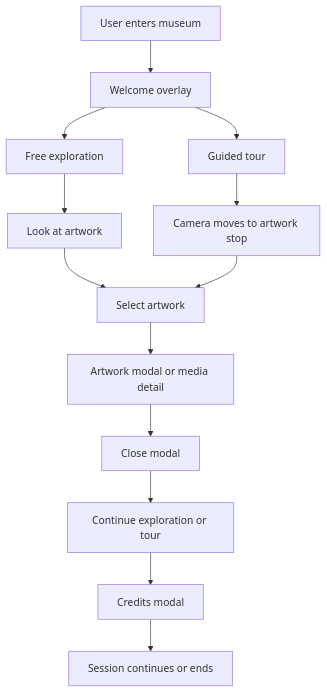
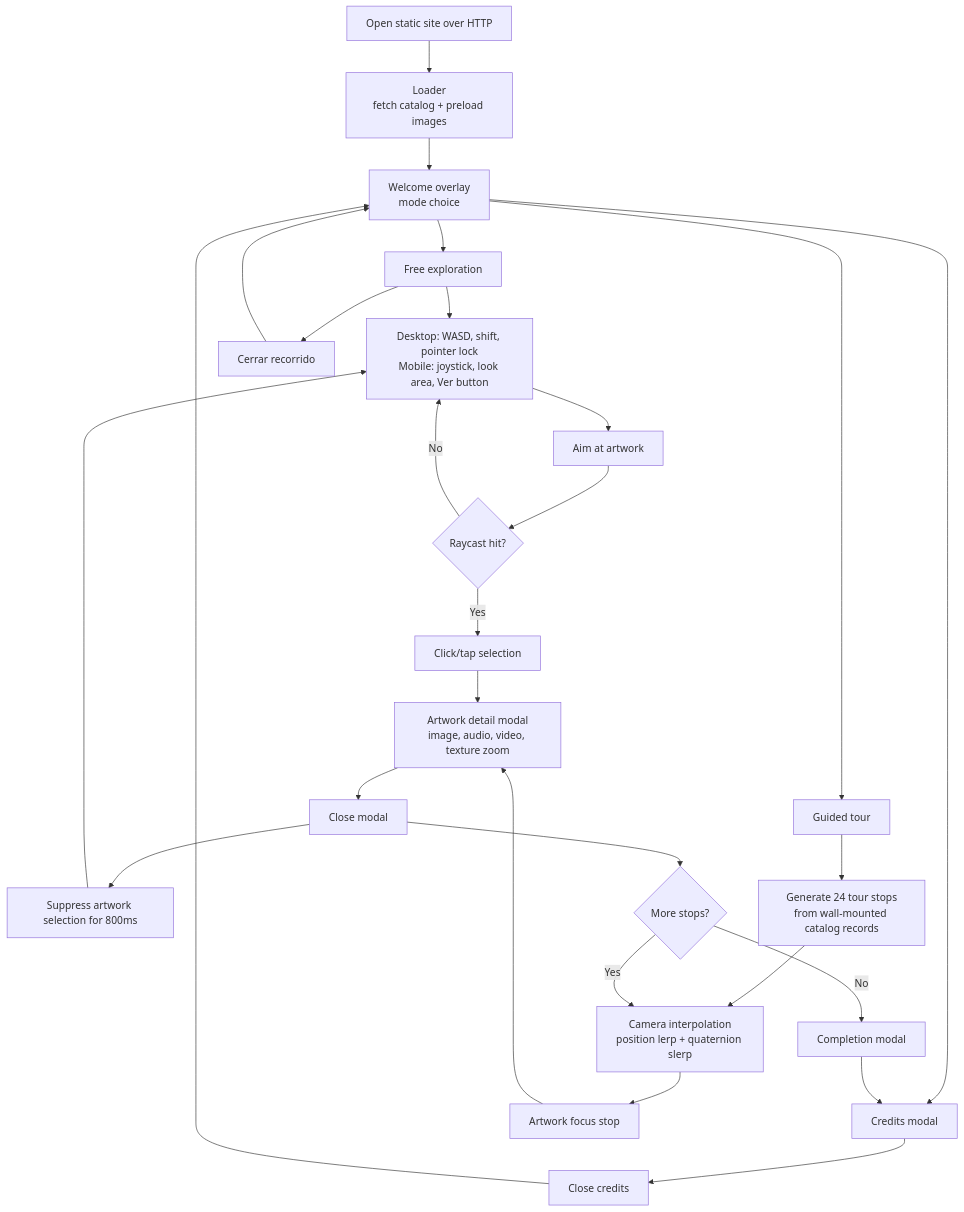
Before and after one commit to deepdevjose/Byron-s-virtual-museum: the diagram in docs/diagrams/user-flow.mmd, drawn with Mermaid. The commit also changed 28 other files, not shown here.

First line of the commit message:
Refactor diagrams to sequence diagrams for clarity; update user flow and asset optimization documentation

```diff
--- a/docs/diagrams/user-flow.mmd
+++ b/docs/diagrams/user-flow.mmd
@@ -1,13 +1,31 @@
 flowchart TD
-    Start[User enters museum] --> Welcome[Welcome overlay]
-    Welcome --> Free[Free exploration]
-    Welcome --> Guided[Guided tour]
-    Free --> Aim[Look at artwork]
-    Aim --> Select[Select artwork]
-    Guided --> TourStop[Camera moves to artwork stop]
-    TourStop --> Select
-    Select --> Modal[Artwork modal or media detail]
-    Modal --> Close[Close modal]
-    Close --> Continue[Continue exploration or tour]
-    Continue --> Credits[Credits modal]
-    Credits --> End[Session continues or ends]
+    Entry["Open static site over HTTP"] --> Loader["Loader\nfetch catalog + preload images"]
+    Loader --> Welcome["Welcome overlay\nmode choice"]
+
+    Welcome --> Free["Free exploration"]
+    Welcome --> Guided["Guided tour"]
+    Welcome --> Credits["Credits modal"]
+
+    Free --> FreeControls["Desktop: WASD, shift, pointer lock\nMobile: joystick, look area, Ver button"]
+    FreeControls --> Aim["Aim at artwork"]
+    Aim --> Hover{"Raycast hit?"}
+    Hover -- No --> FreeControls
+    Hover -- Yes --> Select["Click/tap selection"]
+    Select --> Detail["Artwork detail modal\nimage, audio, video, texture zoom"]
+    Detail --> CloseDetail["Close modal"]
+    CloseDetail --> Suppress["Suppress artwork selection for 800ms"]
+    Suppress --> FreeControls
+    Free --> ExitFree["Cerrar recorrido"]
+    ExitFree --> Welcome
+
+    Guided --> Route["Generate 24 tour stops\nfrom wall-mounted catalog records"]
+    Route --> Move["Camera interpolation\nposition lerp + quaternion slerp"]
+    Move --> Stop["Artwork focus stop"]
+    Stop --> Detail
+    CloseDetail --> ContinueTour{"More stops?"}
+    ContinueTour -- Yes --> Move
+    ContinueTour -- No --> Completion["Completion modal"]
+    Completion --> Credits
+
+    Credits --> Continue["Close credits"]
+    Continue --> Welcome
```
